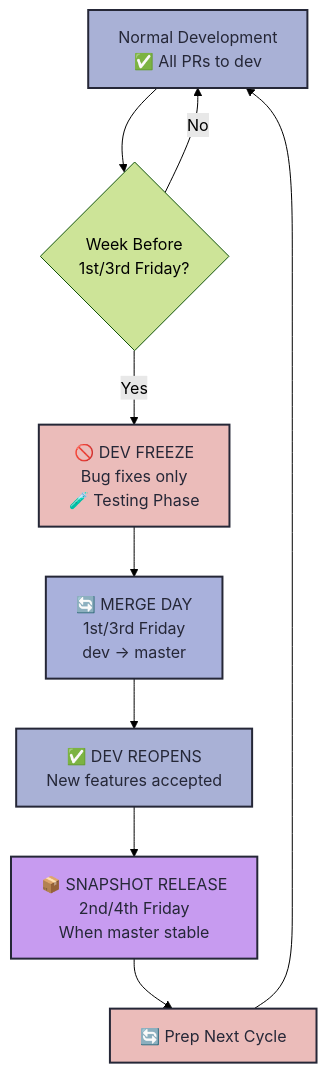
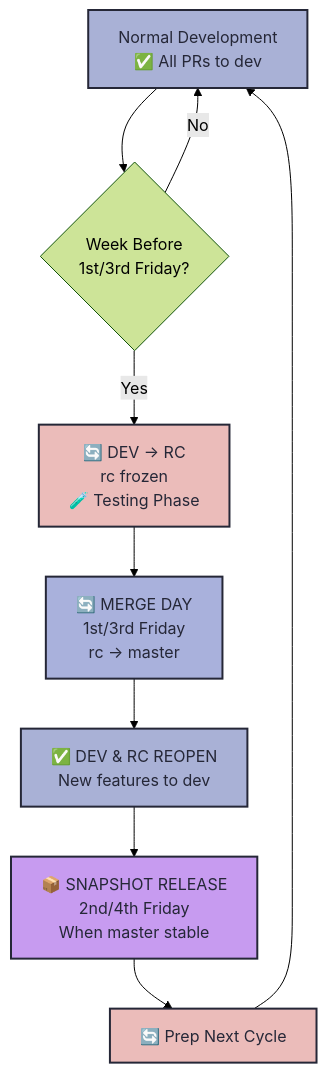
The first of 3 diagrams in HyDE/RELEASE_POLICY.md (Tatrank/dotfiles), drawn with Mermaid (forest theme) before and after one commit. The commit also changed other lines of this file and 128 other files, not shown here.

````diff
--- a/HyDE/RELEASE_POLICY.md
+++ b/HyDE/RELEASE_POLICY.md
@@ -123,19 +113,19 @@
 ```mermaid
 graph TD
     A[Normal Development<br/>✅ All PRs to dev] --> B{Week Before<br/>1st/3rd Friday?}
-    B -->|Yes| C[🚫 DEV FREEZE<br/>Bug fixes only<br/>🧪 Testing Phase]
+    B -->|Yes| C[🔄 DEV → RC<br/>rc frozen<br/>🧪 Testing Phase]
     B -->|No| A
     
-    C --> D[🔄 MERGE DAY<br/>1st/3rd Friday<br/>dev → master]
-    D --> E[✅ DEV REOPENS<br/>New features accepted]
+    C --> D[🔄 MERGE DAY<br/>1st/3rd Friday<br/>rc → master]
+    D --> E[✅ DEV & RC REOPEN<br/>New features to dev]
     E --> F[📦 SNAPSHOT RELEASE<br/>2nd/4th Friday<br/>When master stable]
     F --> G[🔄 Prep Next Cycle]
     G --> A
     
     style A fill:#a9b1d6,stroke:#252737,stroke-width:2px,color:#252737
     style C fill:#ebbcba,stroke:#252737,stroke-width:2px,color:#252737
     style D fill:#a9b1dc,stroke:#252737,stroke-width:2px,color:#252737
     style E fill:#a9b1d6,stroke:#252737,stroke-width:2px,color:#252737
     style F fill:#c79bf0,stroke:#252737,stroke-width:2px,color:#252737
     style G fill:#ebbcba,stroke:#252737,stroke-width:2px,color:#252737
 ```
````
